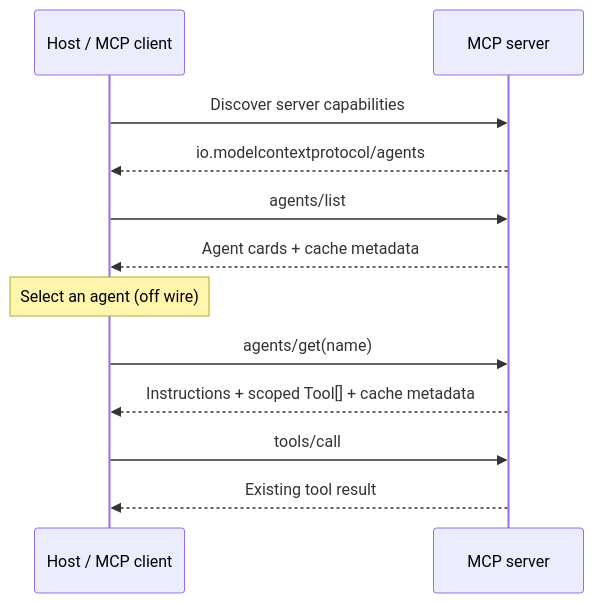
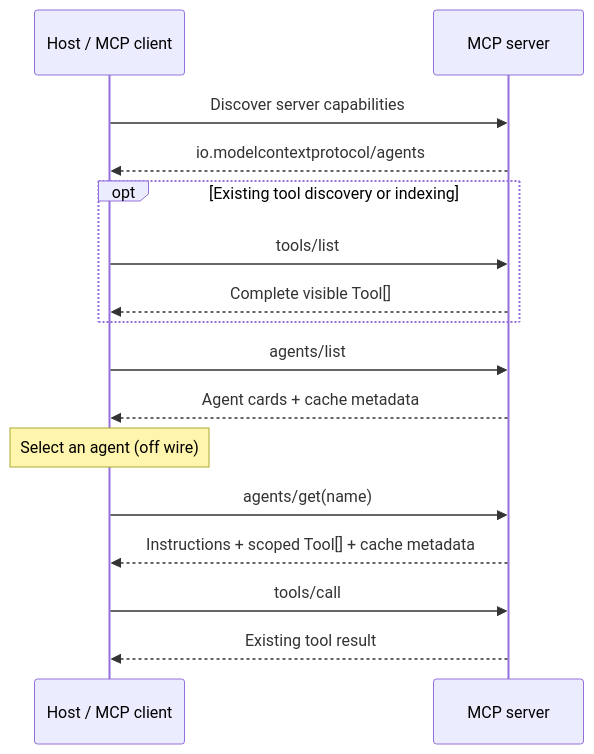
Before and after one commit to modelcontextprotocol/agents-wg: the diagram in proposals/0000-mcp-agent-discovery-extension.md, drawn with Mermaid. The commit also changed other lines of this file, not shown here.

Commit message:
MCP-AGENTS docs: refine agent discovery SEP after review

````diff
--- a/proposals/0000-mcp-agent-discovery-extension.md
+++ b/proposals/0000-mcp-agent-discovery-extension.md
@@ -227,19 +235,24 @@
 ```mermaid
 sequenceDiagram
     participant H as Host / MCP client
     participant S as MCP server
 
     H->>S: Discover server capabilities
     S-->>H: io.modelcontextprotocol/agents
+
+    opt Existing tool discovery or indexing
+        H->>S: tools/list
+        S-->>H: Complete visible Tool[]
+    end
 
     H->>S: agents/list
     S-->>H: Agent cards + cache metadata
 
     Note over H: Select an agent (off wire)
 
     H->>S: agents/get(name)
     S-->>H: Instructions + scoped Tool[] + cache metadata
 
     H->>S: tools/call
     S-->>H: Existing tool result
 ```
````
